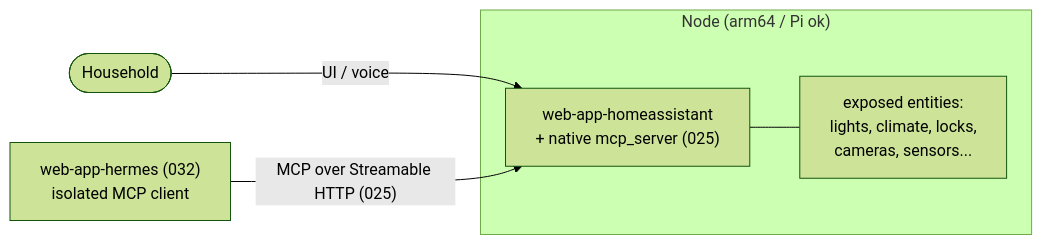
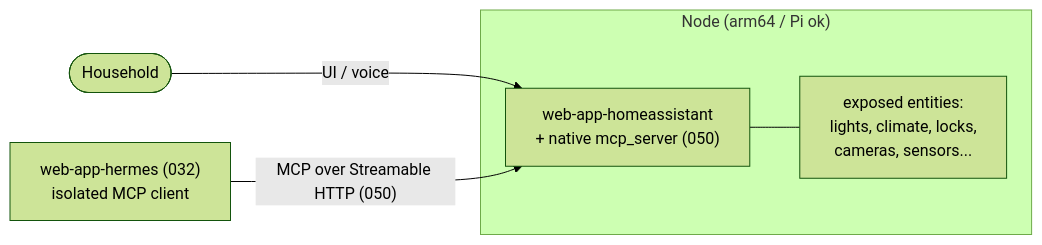
One commit to infinito-nexus/core changed the diagram in docs/requirements/033-web-app-homeassistant.md. Above: the diagram before and after it, drawn with Mermaid (forest theme). The commit also changed other lines of this file and 43 other files, not shown here.

````diff
--- a/docs/requirements/033-web-app-homeassistant.md
+++ b/docs/requirements/033-web-app-homeassistant.md
@@ -27,12 +27,12 @@
 ```mermaid
 flowchart LR
     user([Household]) -->|UI / voice| ha
     subgraph node["Node (arm64 / Pi ok)"]
-        ha["web-app-homeassistant<br/>+ native mcp_server (025)"]
+        ha["web-app-homeassistant<br/>+ native mcp_server (050)"]
         devices["exposed entities:<br/>lights, climate, locks,<br/>cameras, sensors..."]
         ha --- devices
     end
 
     agent["web-app-hermes (032)<br/>isolated MCP client"]
-    agent -->|"MCP over Streamable HTTP (025)"| ha
+    agent -->|"MCP over Streamable HTTP (050)"| ha
 ```
````
